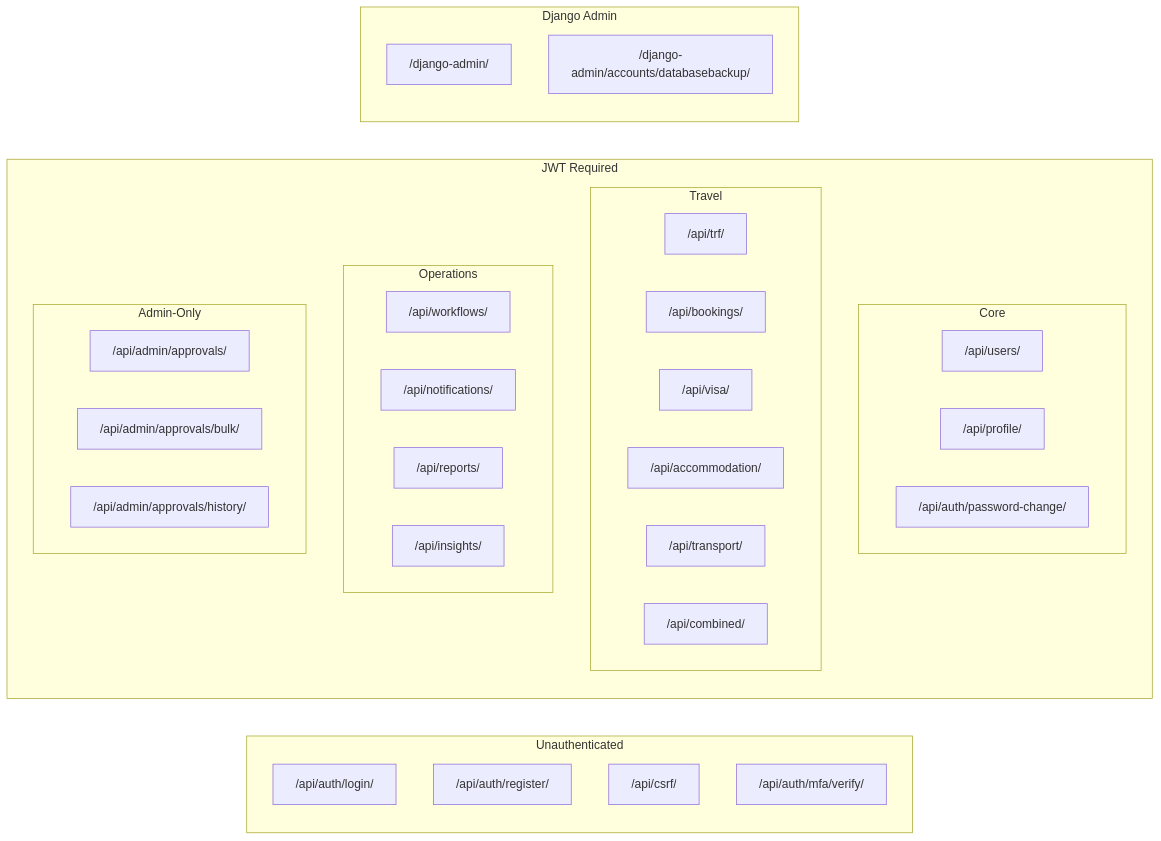
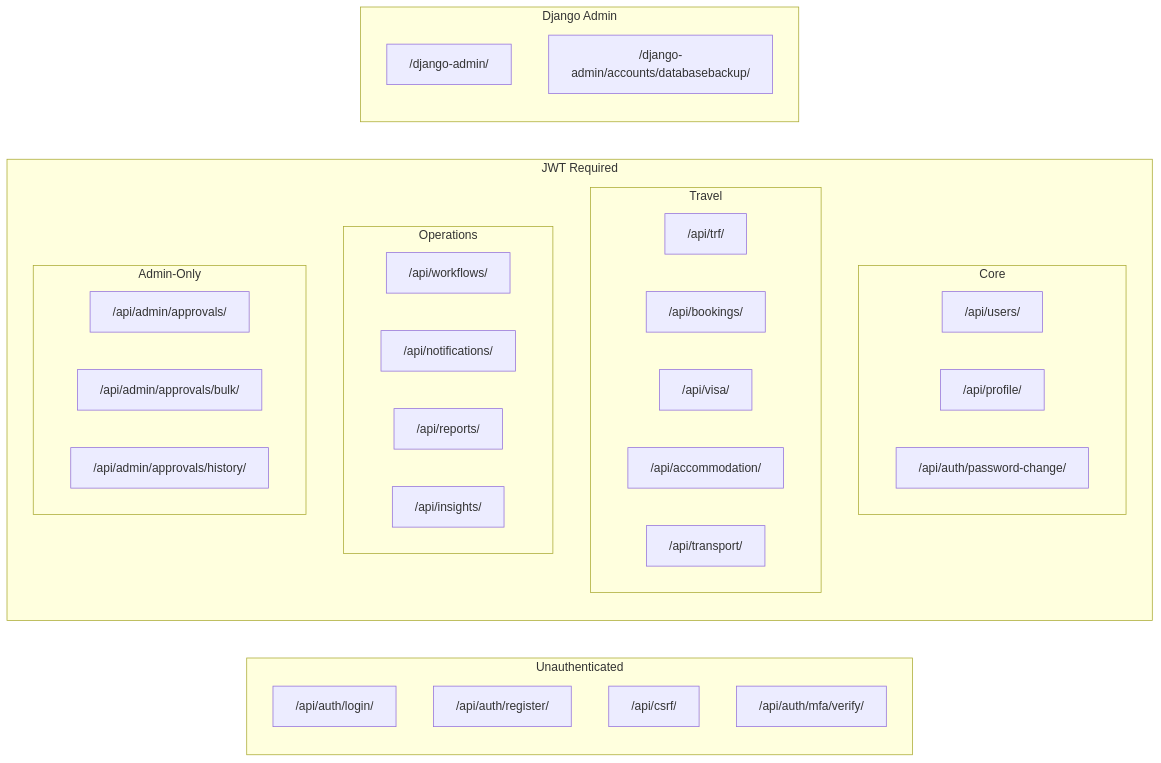
Before and after one commit to arslant84/tms.app: the third of 11 diagrams in docs/ARCHITECTURE.md, drawn with Mermaid. The commit also changed other lines of this file, not shown here.

First line of the commit message:
Update architecture doc for Celery/Redis/MinIO adoption and Combined Request removal

````diff
--- a/docs/ARCHITECTURE.md
+++ b/docs/ARCHITECTURE.md
@@ -124,41 +134,40 @@
 ```mermaid
 graph LR
     subgraph Public["Unauthenticated"]
         L["/api/auth/login/"]
         R["/api/auth/register/"]
         CS["/api/csrf/"]
         MV["/api/auth/mfa/verify/"]
     end
 
     subgraph Authenticated["JWT Required"]
         subgraph Core["Core"]
             U["/api/users/"]
             P["/api/profile/"]
             PW["/api/auth/password-change/"]
         end
         subgraph Travel["Travel"]
             TR["/api/trf/"]
             BK["/api/bookings/"]
             VI["/api/visa/"]
             AC["/api/accommodation/"]
             TP["/api/transport/"]
-            CB["/api/combined/"]
         end
         subgraph Ops["Operations"]
             WF["/api/workflows/"]
             NF["/api/notifications/"]
             RP["/api/reports/"]
             IN["/api/insights/"]
         end
         subgraph Admin["Admin-Only"]
             AP["/api/admin/approvals/"]
             AB["/api/admin/approvals/bulk/"]
             AH["/api/admin/approvals/history/"]
         end
     end
 
     subgraph AdminPanel["Django Admin"]
         DA["/django-admin/"]
         BU["/django-admin/accounts/databasebackup/"]
     end
 ```
````
